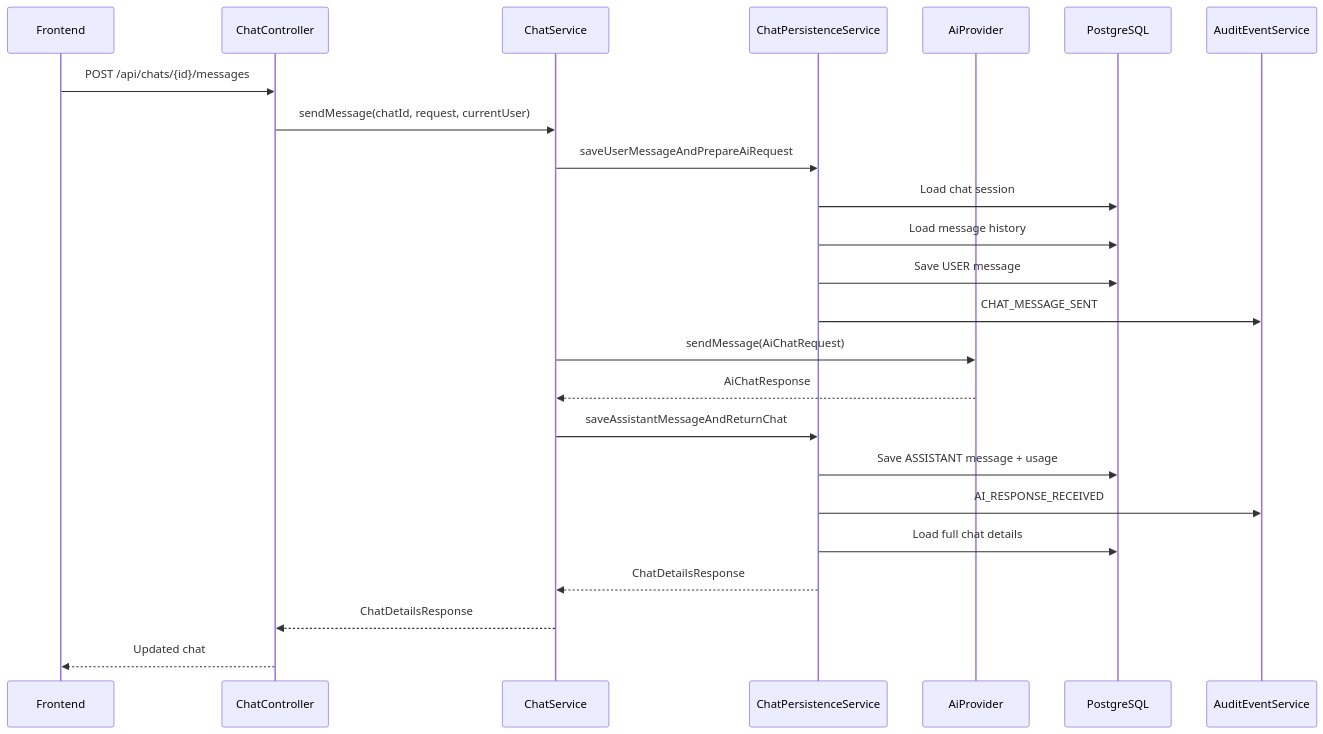
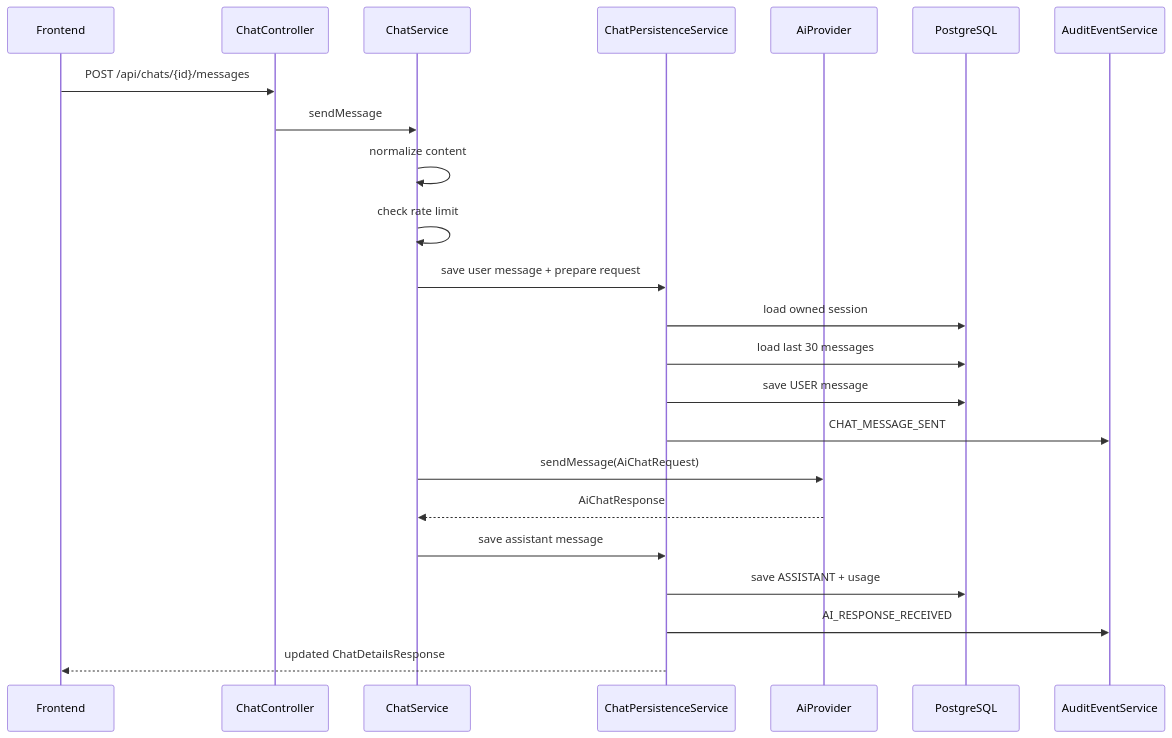
One commit to Amid-1/Safeai-desk changed the fourth of 6 diagrams in README.md. Above: the diagram before and after it, drawn with Mermaid. The commit also changed other lines of this file and 83 other files, not shown here.

First line of the commit message:
feat(security): добавить tenant-scoped доступ для audit и usage

````diff
--- a/README.md
+++ b/README.md
@@ -219,30 +404,26 @@
 ```mermaid
 sequenceDiagram
-    participant Frontend
-    participant Controller as ChatController
-    participant Service as ChatService
-    participant Persistence as ChatPersistenceService
-    participant Provider as AiProvider
+    participant F as Frontend
+    participant C as ChatController
+    participant S as ChatService
+    participant P as ChatPersistenceService
+    participant AI as AiProvider
     participant DB as PostgreSQL
-    participant Audit as AuditEventService
+    participant AUD as AuditEventService
 
-    Frontend->>Controller: POST /api/chats/{id}/messages
-    Controller->>Service: sendMessage(chatId, request, currentUser)
-
-    Service->>Persistence: saveUserMessageAndPrepareAiRequest
-    Persistence->>DB: Load chat session
-    Persistence->>DB: Load message history
-    Persistence->>DB: Save USER message
-    Persistence->>Audit: CHAT_MESSAGE_SENT
-
-    Service->>Provider: sendMessage(AiChatRequest)
-    Provider-->>Service: AiChatResponse
-
-    Service->>Persistence: saveAssistantMessageAndReturnChat
-    Persistence->>DB: Save ASSISTANT message + usage
-    Persistence->>Audit: AI_RESPONSE_RECEIVED
-    Persistence->>DB: Load full chat details
-    Persistence-->>Service: ChatDetailsResponse
-    Service-->>Controller: ChatDetailsResponse
-    Controller-->>Frontend: Updated chat
+    F->>C: POST /api/chats/{id}/messages
+    C->>S: sendMessage
+    S->>S: normalize content
+    S->>S: check rate limit
+    S->>P: save user message + prepare request
+    P->>DB: load owned session
+    P->>DB: load last 30 messages
+    P->>DB: save USER message
+    P->>AUD: CHAT_MESSAGE_SENT
+    S->>AI: sendMessage(AiChatRequest)
+    AI-->>S: AiChatResponse
+    S->>P: save assistant message
+    P->>DB: save ASSISTANT + usage
+    P->>AUD: AI_RESPONSE_RECEIVED
+    P-->>F: updated ChatDetailsResponse
 ```
````
